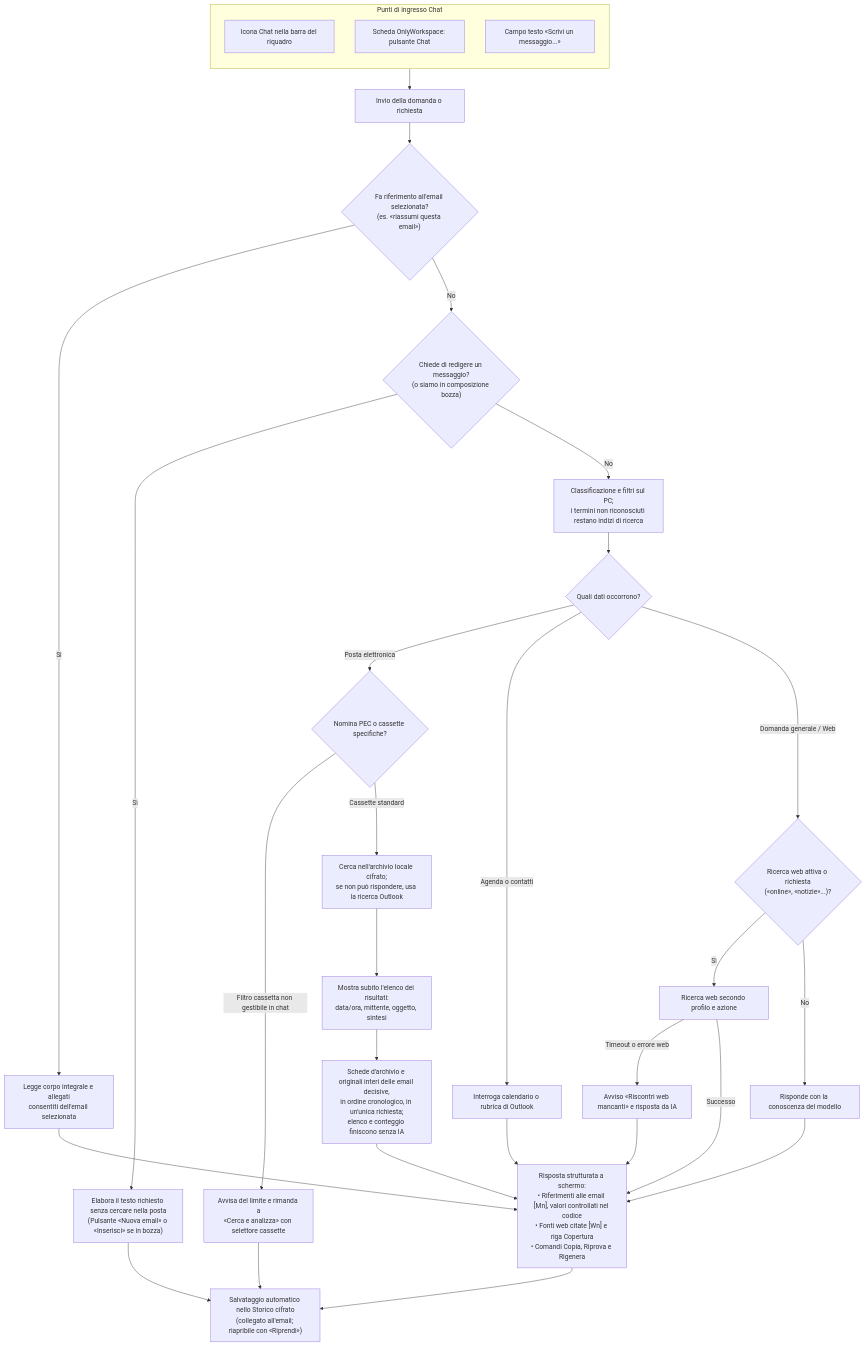
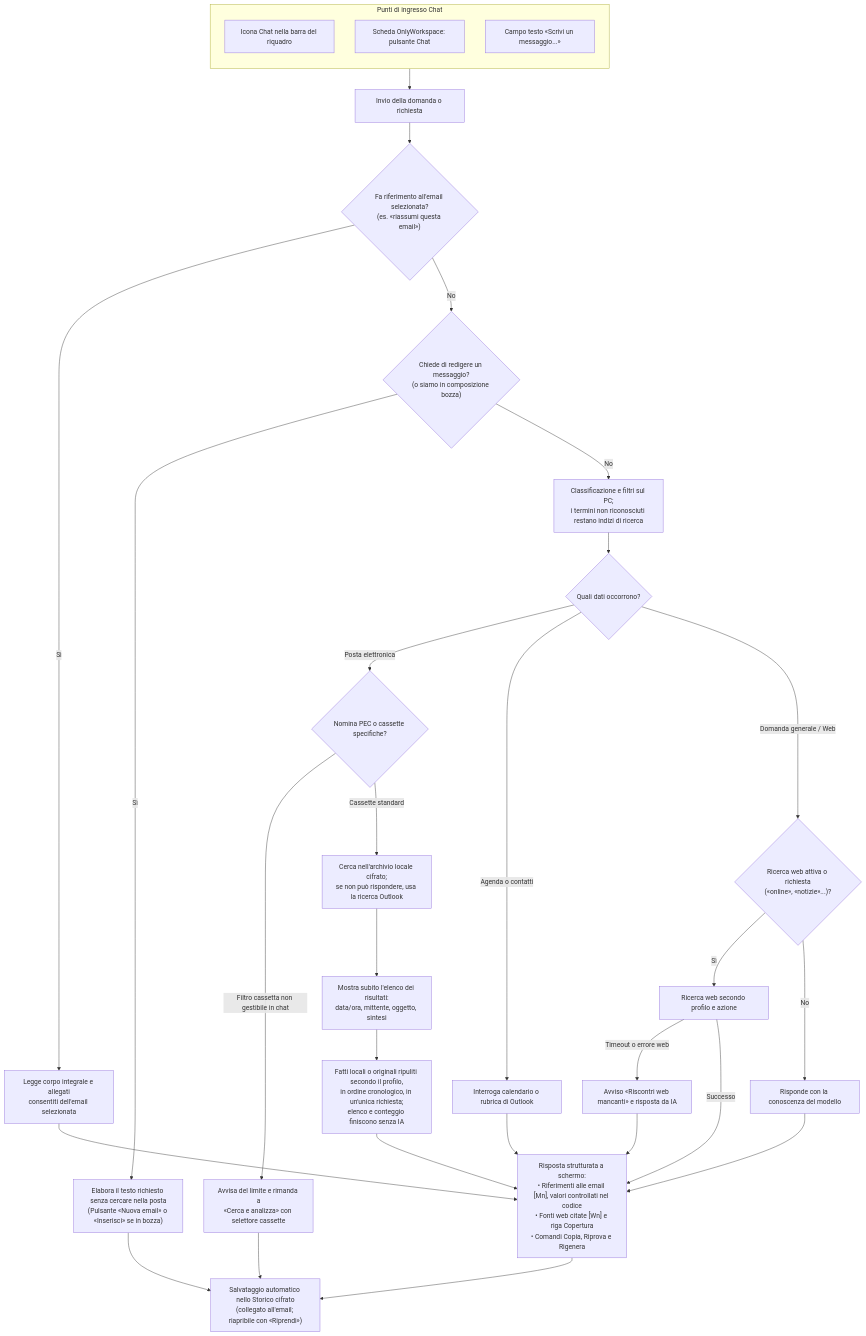
One commit to dennidalpos/OnlyWorkspace changed the third of 6 diagrams in docs/utente/guida-visiva.md. Above: the diagram before and after it, drawn with Mermaid. The commit also changed other lines of this file and 12 other files, not shown here.

````diff
--- a/docs/utente/guida-visiva.md
+++ b/docs/utente/guida-visiva.md
@@ -139,45 +141,45 @@
 ```mermaid
 flowchart TD
     subgraph INGRESSO_CHAT["Punti di ingresso Chat"]
         direction TB
         K1["Icona Chat nella barra del riquadro"]
         K2["Scheda OnlyWorkspace: pulsante Chat"]
         K3["Campo testo «Scrivi un messaggio...»"]
     end
 
     INGRESSO_CHAT --> DOMANDA["Invio della domanda o richiesta"]
 
     DOMANDA --> VERIF_EMAIL{"Fa riferimento all'email selezionata?<br/>(es. «riassumi questa email»)"}
     VERIF_EMAIL -->|"Sì"| LETTURA_SEL["Legge corpo integrale e allegati<br/>consentiti dell'email selezionata"]
     LETTURA_SEL --> RISP_FINALE
 
     VERIF_EMAIL -->|"No"| VERIF_SCRIV{"Chiede di redigere un messaggio?<br/>(o siamo in composizione bozza)"}
     VERIF_SCRIV -->|"Sì"| FLUSSO_SCRIV["Elabora il testo richiesto senza cercare nella posta<br/>(Pulsante «Nuova email» o «Inserisci» se in bozza)"]
     FLUSSO_SCRIV --> SALVA_STORICO
 
     VERIF_SCRIV -->|"No"| FILTRI_LOC["Classificazione e filtri sul PC;<br/>i termini non riconosciuti restano indizi di ricerca"]
     FILTRI_LOC --> ROUTE_DATI{"Quali dati occorrono?"}
 
     ROUTE_DATI -->|"Posta elettronica"| CHECK_PEC{"Nomina PEC o cassette specifiche?"}
     CHECK_PEC -->|"Filtro cassetta non gestibile in chat"| AVVISO_PEC["Avvisa del limite e rimanda a<br/>«Cerca e analizza» con selettore cassette"]
     CHECK_PEC -->|"Cassette standard"| CERCA_POSTA["Cerca nell'archivio locale cifrato;<br/>se non può rispondere, usa la ricerca Outlook"]
 
     ROUTE_DATI -->|"Agenda o contatti"| CERCA_OUTLOOK["Interroga calendario o rubrica di Outlook"]
     CERCA_OUTLOOK --> RISP_FINALE
 
     ROUTE_DATI -->|"Domanda generale / Web"| CHECK_WEB{"Ricerca web attiva o richiesta<br/>(«online», «notizie»...)?"}
     CHECK_WEB -->|"Sì"| CALL_WEB["Ricerca web secondo profilo e azione"]
     CHECK_WEB -->|"No"| SOLO_MODELLO["Risponde con la conoscenza del modello"]
     CALL_WEB -->|"Timeout o errore web"| RECUPERO_WEB["Avviso «Riscontri web mancanti» e risposta da IA"]
     RECUPERO_WEB --> RISP_FINALE
     CALL_WEB -->|"Successo"| RISP_FINALE
     SOLO_MODELLO --> RISP_FINALE
 
     CERCA_POSTA --> ELENCO_IMMED["Mostra subito l'elenco dei risultati:<br/>data/ora, mittente, oggetto, sintesi"]
-    ELENCO_IMMED --> CHIAMATA_UNICA["Schede d'archivio e originali interi delle email decisive,<br/>in ordine cronologico, in un'unica richiesta;<br/>elenco e conteggio finiscono senza IA"]
+    ELENCO_IMMED --> CHIAMATA_UNICA["Fatti locali o originali ripuliti secondo il profilo,<br/>in ordine cronologico, in un'unica richiesta;<br/>elenco e conteggio finiscono senza IA"]
     CHIAMATA_UNICA --> RISP_FINALE
 
     AVVISO_PEC --> SALVA_STORICO
     RISP_FINALE["Risposta strutturata a schermo:<br/>• Riferimenti alle email [Mn], valori controllati nel codice<br/>• Fonti web citate [Wn] e riga Copertura<br/>• Comandi Copia, Riprova e Rigenera"]
     RISP_FINALE --> SALVA_STORICO["Salvataggio automatico nello Storico cifrato<br/>(collegato all'email; riapribile con «Riprendi»)"]
 ```
````
